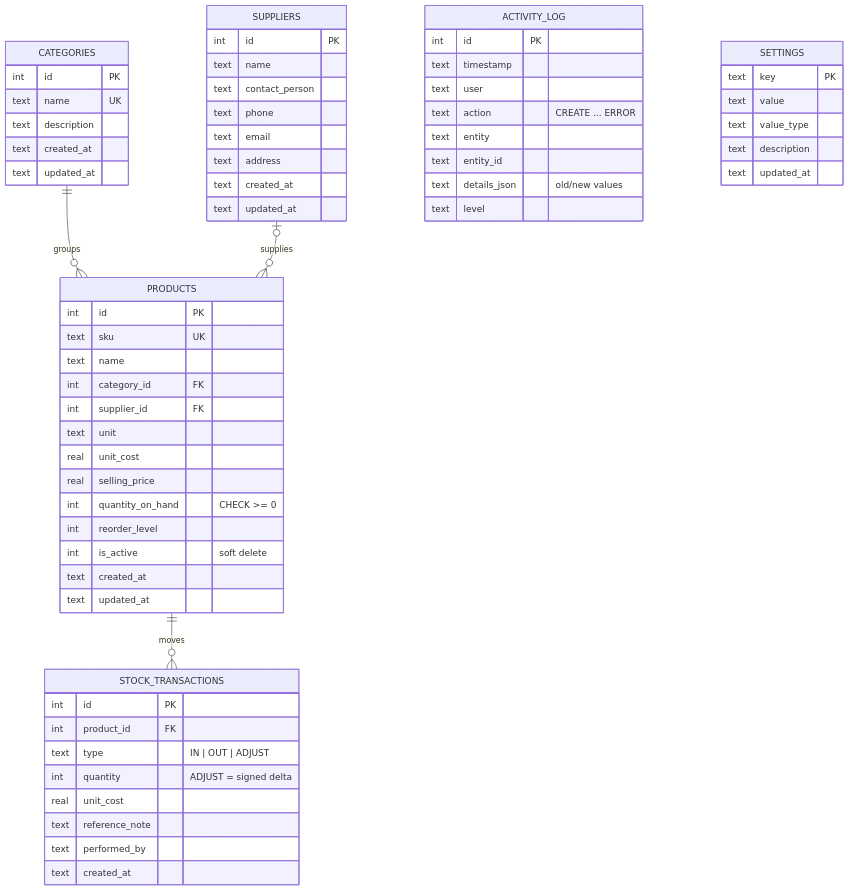
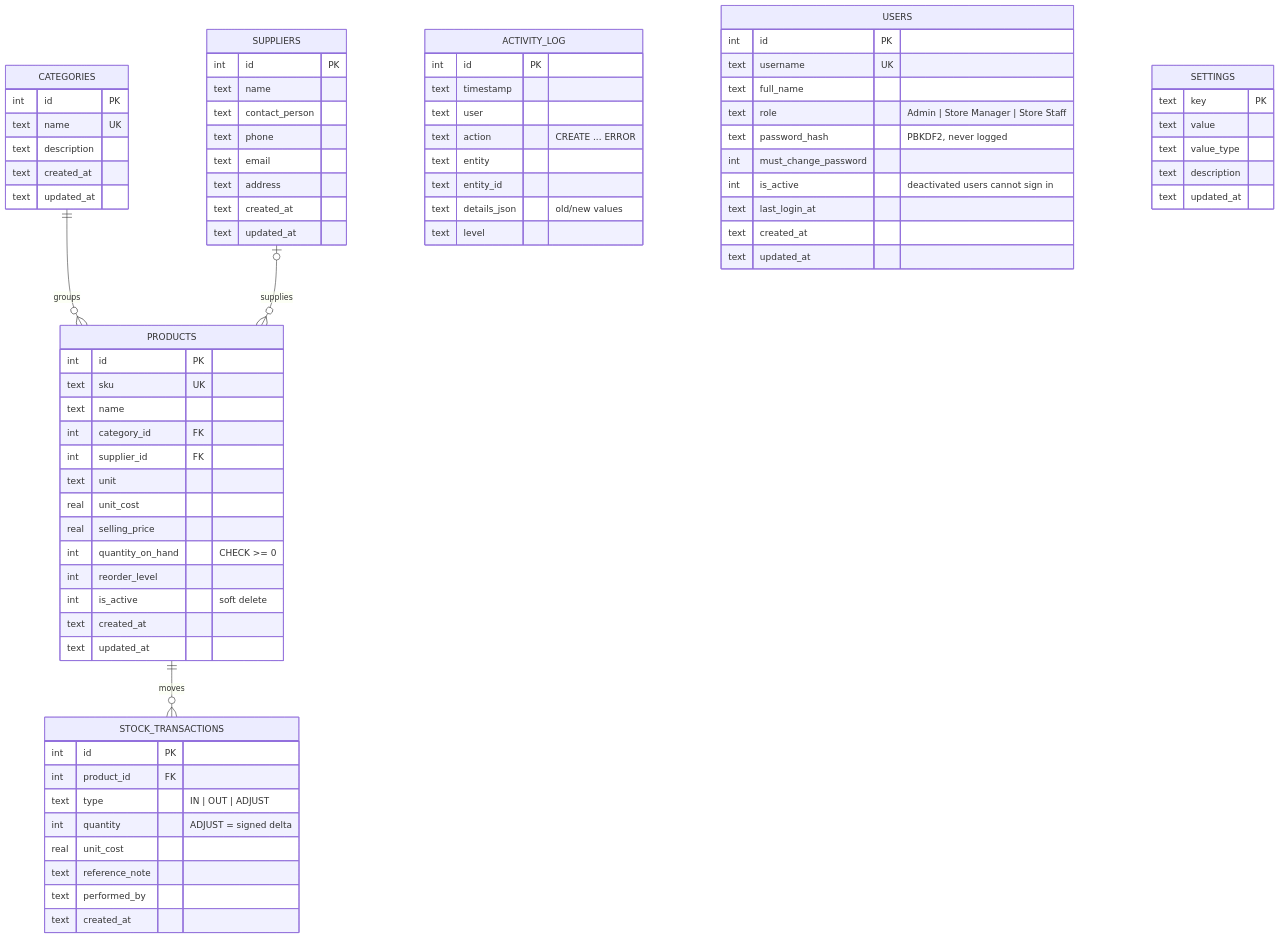
One commit to sidgodcyber/inventory-management-system changed the third of 3 diagrams in docs/architecture.md. Above: the diagram before and after it, drawn with Mermaid. The commit also changed other lines of this file and 1 other file, not shown here.

First line of the commit message:
Document login, roles and the users table in the SRS and architecture

````diff
--- a/docs/architecture.md
+++ b/docs/architecture.md
@@ -71,65 +73,77 @@
 ```mermaid
 erDiagram
     CATEGORIES ||--o{ PRODUCTS : groups
     SUPPLIERS |o--o{ PRODUCTS : supplies
     PRODUCTS ||--o{ STOCK_TRANSACTIONS : moves
     CATEGORIES {
         int id PK
         text name UK
         text description
         text created_at
         text updated_at
     }
     SUPPLIERS {
         int id PK
         text name
         text contact_person
         text phone
         text email
         text address
         text created_at
         text updated_at
     }
     PRODUCTS {
         int id PK
         text sku UK
         text name
         int category_id FK
         int supplier_id FK
         text unit
         real unit_cost
         real selling_price
         int quantity_on_hand "CHECK >= 0"
         int reorder_level
         int is_active "soft delete"
         text created_at
         text updated_at
     }
     STOCK_TRANSACTIONS {
         int id PK
         int product_id FK
         text type "IN | OUT | ADJUST"
         int quantity "ADJUST = signed delta"
         real unit_cost
         text reference_note
         text performed_by
         text created_at
     }
     ACTIVITY_LOG {
         int id PK
         text timestamp
         text user
         text action "CREATE ... ERROR"
         text entity
         text entity_id
         text details_json "old/new values"
         text level
     }
+    USERS {
+        int id PK
+        text username UK
+        text full_name
+        text role "Admin | Store Manager | Store Staff"
+        text password_hash "PBKDF2, never logged"
+        int must_change_password
+        int is_active "deactivated users cannot sign in"
+        text last_login_at
+        text created_at
+        text updated_at
+    }
     SETTINGS {
         text key PK
         text value
         text value_type
         text description
         text updated_at
     }
 ```
````
